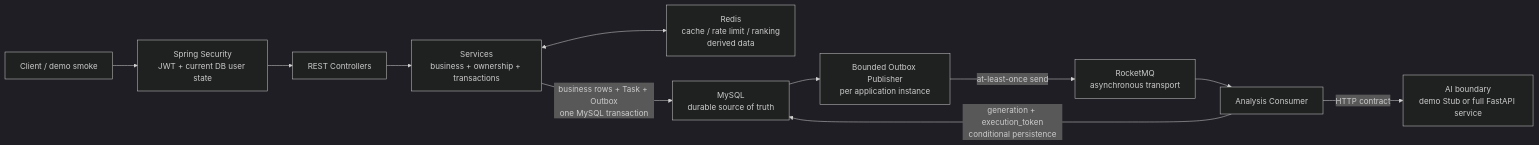
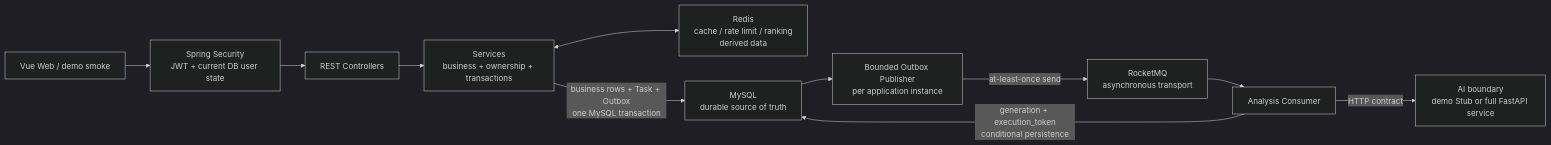
The diagram in README.md (mofengyan595/courseinsight-cloud), drawn with Mermaid (dark theme) before and after one commit. The commit also changed other lines of this file and 60 other files, not shown here.

````diff
--- a/README.md
+++ b/README.md
@@ -27,14 +27,14 @@
 ```mermaid
 flowchart LR
-    Client["Client / demo smoke"] --> Security["Spring Security<br/>JWT + current DB user state"]
+    Client["Vue Web / demo smoke"] --> Security["Spring Security<br/>JWT + current DB user state"]
     Security --> Controller["REST Controllers"]
     Controller --> Service["Services<br/>business + ownership + transactions"]
     Service <--> Redis["Redis<br/>cache / rate limit / ranking<br/>derived data"]
     Service -->|"business rows + Task + Outbox<br/>one MySQL transaction"| MySQL["MySQL<br/>durable source of truth"]
 
     MySQL --> Publisher["Bounded Outbox Publisher<br/>per application instance"]
     Publisher -->|"at-least-once send"| RocketMQ["RocketMQ<br/>asynchronous transport"]
     RocketMQ --> Consumer["Analysis Consumer"]
     Consumer -->|"HTTP contract"| AI["AI boundary<br/>demo Stub or full FastAPI service"]
     Consumer -->|"generation + execution_token<br/>conditional persistence"| MySQL
 ```
````
